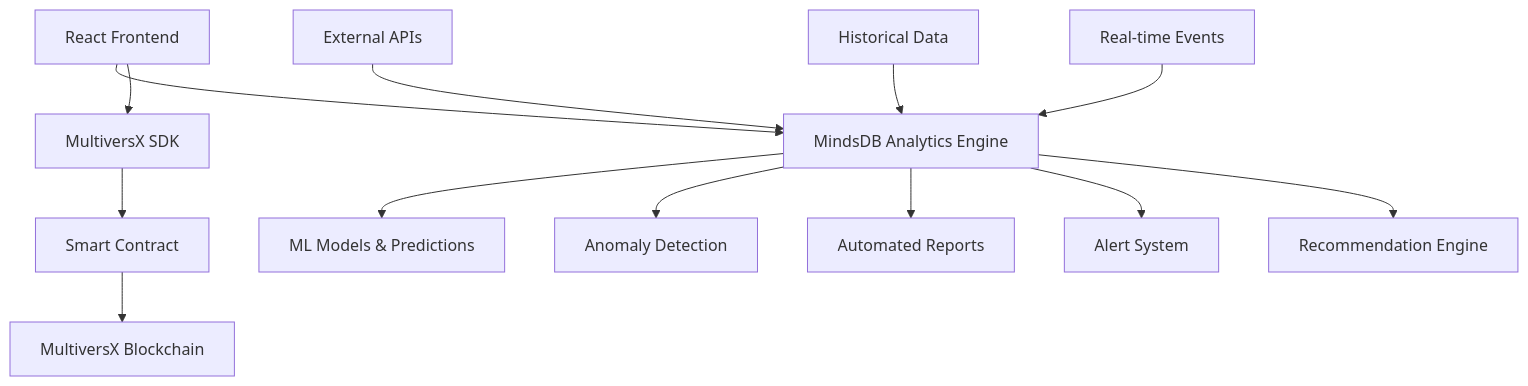
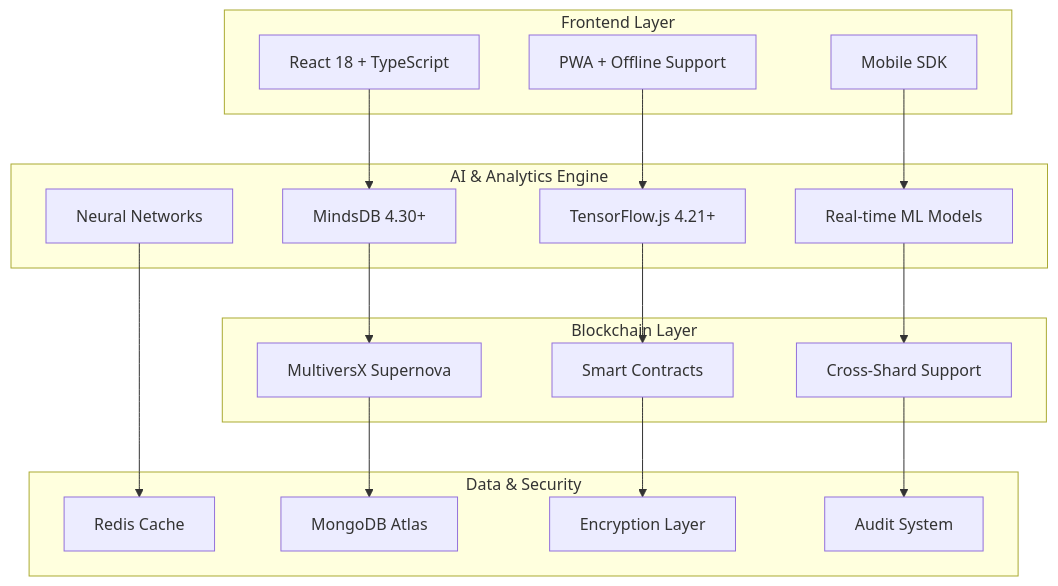
The diagram in README.md (Gzeu/mvx-proofmind), drawn with Mermaid before and after one commit. The commit also changed other lines of this file, not shown here.

````diff
--- a/README.md
+++ b/README.md
@@ -42,17 +69,39 @@
 ```mermaid
-graph TD
-    A[React Frontend] --> B[MindsDB Analytics Engine]
-    A --> C[MultiversX SDK]
-    B --> D[ML Models & Predictions]
-    B --> E[Anomaly Detection]
-    C --> F[Smart Contract]
-    F --> G[MultiversX Blockchain]
+graph TB
+    subgraph "Frontend Layer"
+        A[React 18 + TypeScript]
+        B[PWA + Offline Support]
+        C[Mobile SDK]
+    end
     
-    H[External APIs] --> B
-    I[Historical Data] --> B
-    J[Real-time Events] --> B
+    subgraph "AI & Analytics Engine"
+        D[MindsDB 4.30+]
+        E[TensorFlow.js 4.21+]
+        F[Real-time ML Models]
+        G[Neural Networks]
+    end
     
-    B --> K[Automated Reports]
-    B --> L[Alert System]
-    B --> M[Recommendation Engine]
+    subgraph "Blockchain Layer"
+        H[MultiversX Supernova]
+        I[Smart Contracts]
+        J[Cross-Shard Support]
+    end
+    
+    subgraph "Data & Security"
+        K[Redis Cache]
+        L[MongoDB Atlas]
+        M[Encryption Layer]
+        N[Audit System]
+    end
+    
+    A --> D
+    B --> E
+    C --> F
+    D --> H
+    E --> I
+    F --> J
+    G --> K
+    H --> L
+    I --> M
+    J --> N
 ```
````
